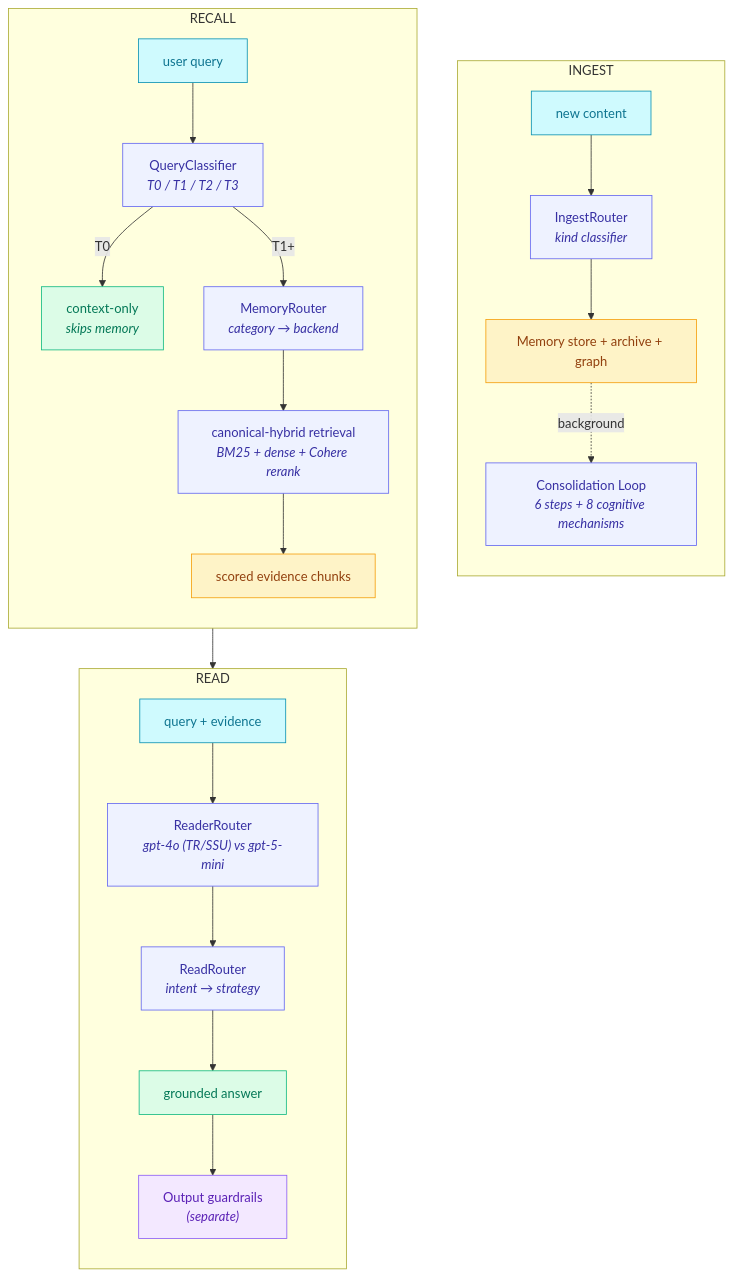
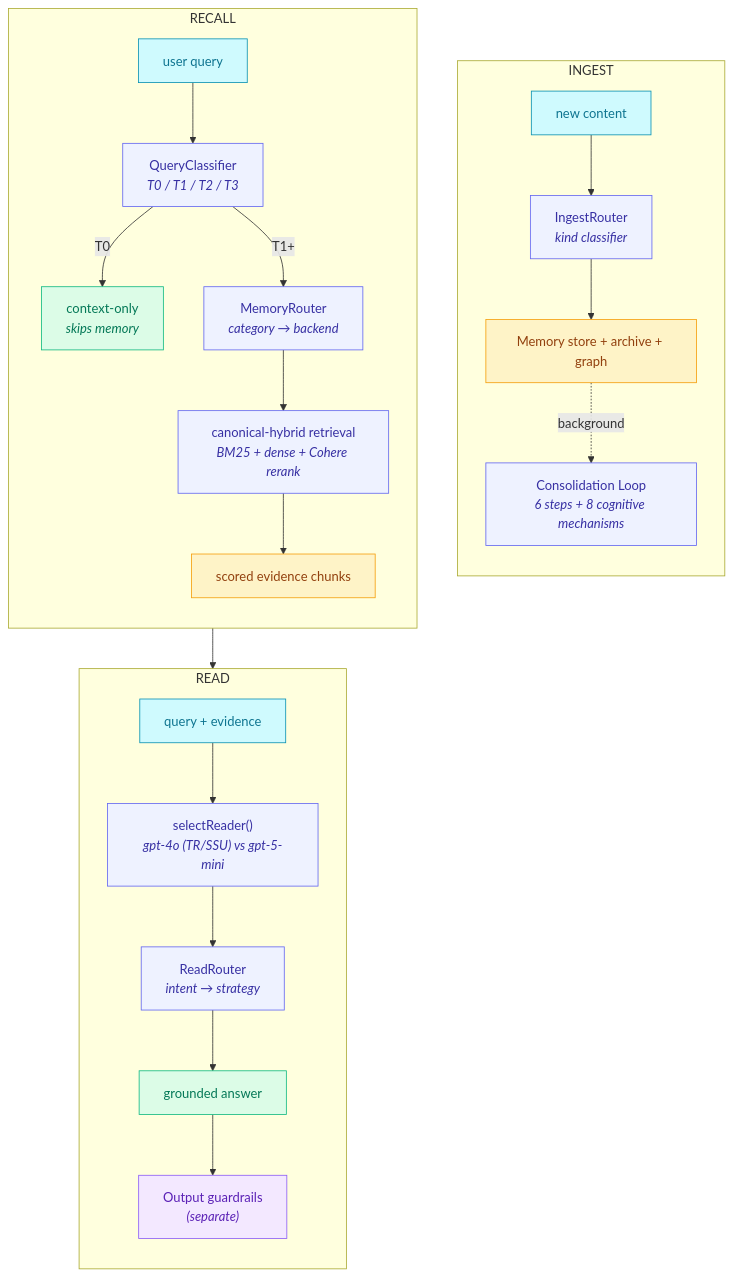
The diagram in docs/MEMORY_SYSTEM_OVERVIEW.md (framerslab/agentos), drawn with Mermaid before and after one commit. The commit also changed other lines of this file, not shown here.

````diff
--- a/docs/MEMORY_SYSTEM_OVERVIEW.md
+++ b/docs/MEMORY_SYSTEM_OVERVIEW.md
@@ -178,44 +178,44 @@
 ```mermaid
 flowchart TB
     subgraph ingest["INGEST"]
         direction TB
         I1["new content"]:::input
         I2["IngestRouter<br/><i>kind classifier</i>"]:::process
         I3["Memory store + archive + graph"]:::data
         I4["Consolidation Loop<br/><i>6 steps + 8 cognitive mechanisms</i>"]:::process
         I1 --> I2 --> I3
         I3 -. background .-> I4
     end
 
     subgraph recall["RECALL"]
         direction TB
         R1["user query"]:::input
         R2["QueryClassifier<br/><i>T0 / T1 / T2 / T3</i>"]:::process
         R3["context-only<br/><i>skips memory</i>"]:::output
         R4["MemoryRouter<br/><i>category → backend</i>"]:::process
         R5["canonical-hybrid retrieval<br/><i>BM25 + dense + Cohere rerank</i>"]:::process
         R6["scored evidence chunks"]:::data
         R1 --> R2
         R2 -- T0 --> R3
         R2 -- T1+ --> R4
         R4 --> R5 --> R6
     end
 
     subgraph read["READ"]
         direction TB
         D1["query + evidence"]:::input
-        D2["ReaderRouter<br/><i>gpt-4o (TR/SSU) vs gpt-5-mini</i>"]:::process
+        D2["selectReader()<br/><i>gpt-4o (TR/SSU) vs gpt-5-mini</i>"]:::process
         D3["ReadRouter<br/><i>intent → strategy</i>"]:::process
         D4["grounded answer"]:::output
         D5["Output guardrails<br/><i>(separate)</i>"]:::external
         D1 --> D2 --> D3 --> D4 --> D5
     end
 
     R6 --> D1
 
     classDef input fill:#cffafe,stroke:#0891b2,color:#0e7490
     classDef process fill:#eef2ff,stroke:#6366f1,color:#3730a3
     classDef data fill:#fef3c7,stroke:#f59e0b,color:#92400e
     classDef output fill:#dcfce7,stroke:#10b981,color:#047857
     classDef external fill:#f3e8ff,stroke:#8b5cf6,color:#5b21b6
 ```
````
